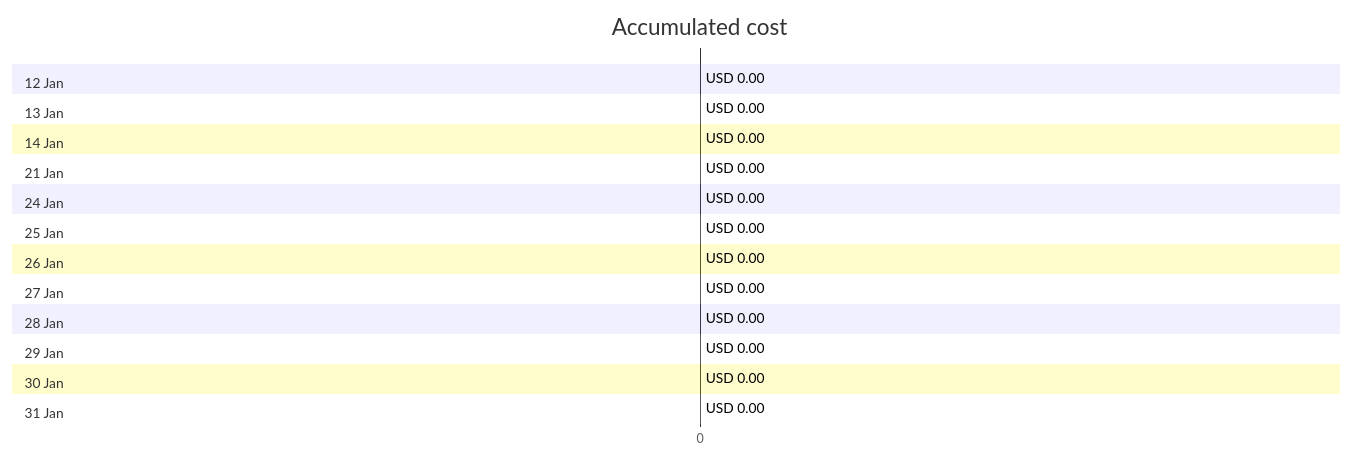
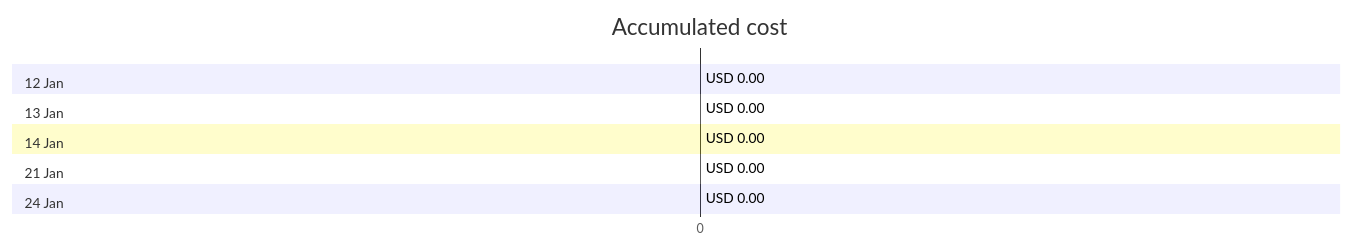
The first of 4 diagrams in cost-reports/azureapp-auto-alerts-873533-jpatrick_fulton_gmail_com/README.md (jpfulton/azure-personal-reports), drawn with Mermaid before and after one commit. The commit also changed other lines of this file and 1 other file, not shown here.

Commit message:
Generated reports [skip ci]

````diff
--- a/cost-reports/azureapp-auto-alerts-873533-jpatrick_fulton_gmail_com/README.md
+++ b/cost-reports/azureapp-auto-alerts-873533-jpatrick_fulton_gmail_com/README.md
@@ -20,30 +20,16 @@
 ```mermaid
 gantt
    title Accumulated cost
    dateFormat  X
    axisFormat %s
    section 12 Jan
    USD 0.00 :0, 0
    section 13 Jan
    USD 0.00 :0, 0
    section 14 Jan
    USD 0.00 :0, 0
    section 21 Jan
    USD 0.00 :0, 0
    section 24 Jan
    USD 0.00 :0, 0
-   section 25 Jan
-   USD 0.00 : done, 0, 0
-   section 26 Jan
-   USD 0.00 : done, 0, 0
-   section 27 Jan
-   USD 0.00 : done, 0, 0
-   section 28 Jan
-   USD 0.00 : done, 0, 0
-   section 29 Jan
-   USD 0.00 : done, 0, 0
-   section 30 Jan
-   USD 0.00 : done, 0, 0
-   section 31 Jan
-   USD 0.00 : done, 0, 0
 ```
````
